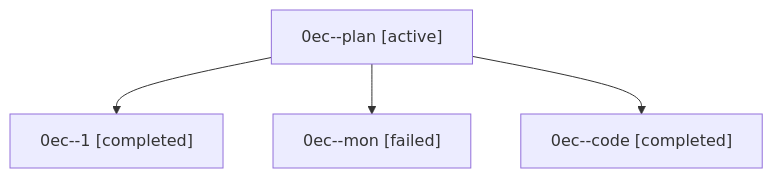
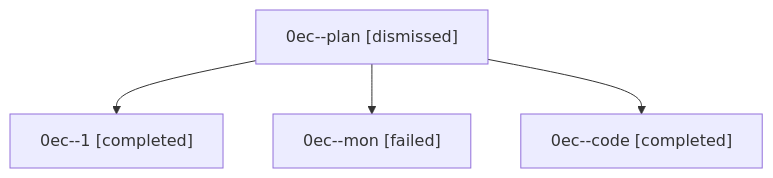
Before and after one commit to sase-org/sase--agents: the diagram in sessions/bbugyi200.athena.0ec.md, drawn with Mermaid. The commit also changed other lines of this file and 30 other files, not shown here.

````diff
--- a/sessions/bbugyi200.athena.0ec.md
+++ b/sessions/bbugyi200.athena.0ec.md
@@ -9,10 +9,10 @@
 ```mermaid
 flowchart TD
-  n0["0ec--plan [active]"]
+  n0["0ec--plan [dismissed]"]
   n1["0ec--1 [completed]"]
   n0 --> n1
   n2["0ec--mon [failed]"]
   n0 --> n2
   n3["0ec--code [completed]"]
   n0 --> n3
 ```
````
